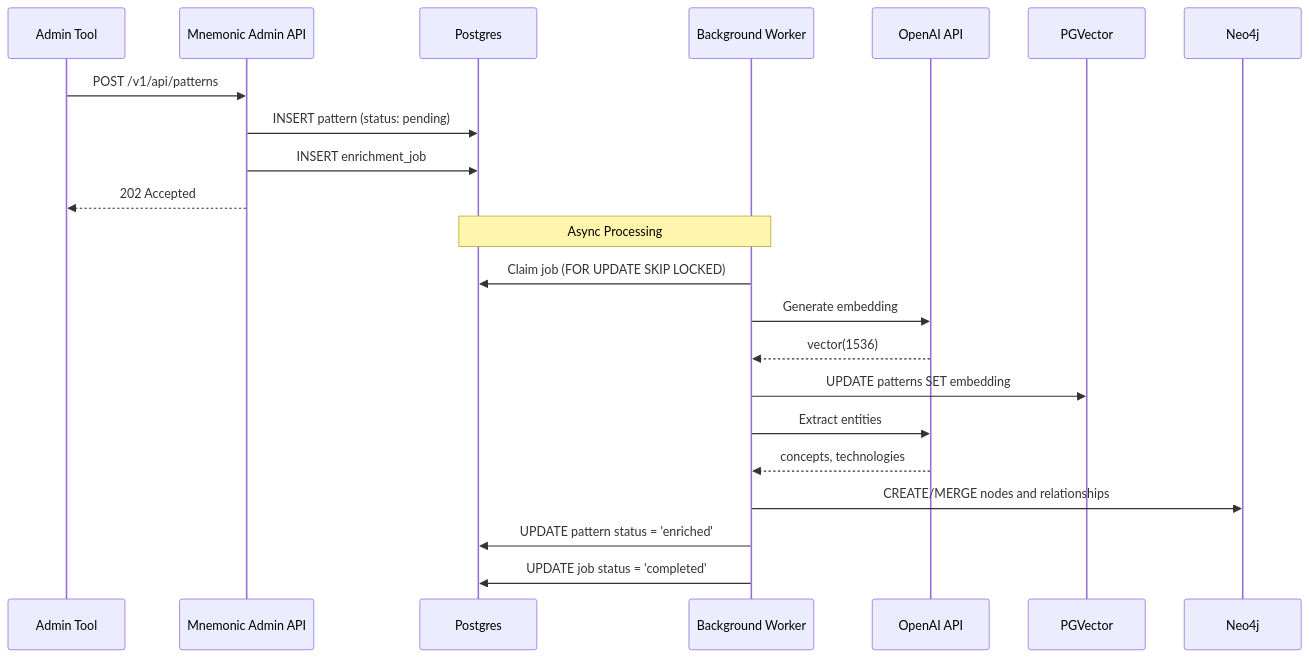
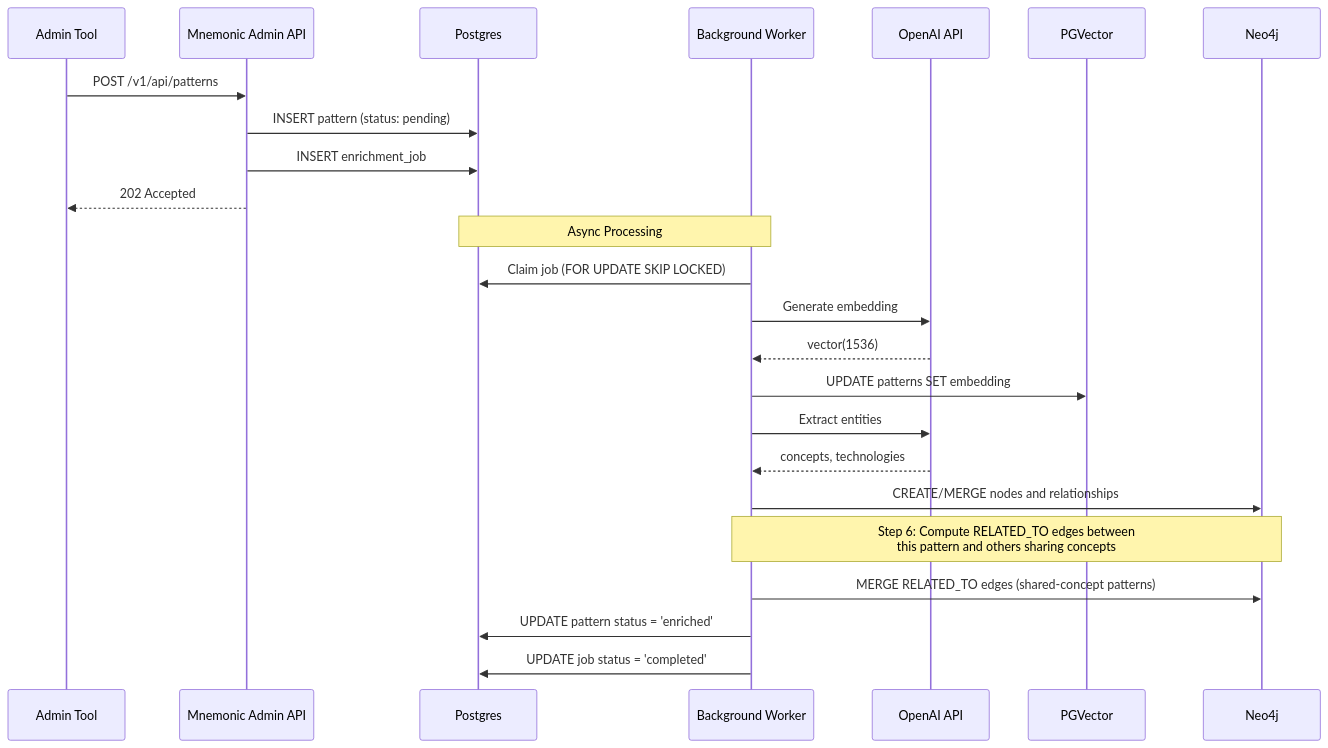
The seventh of 14 diagrams in docs/architecture/04-data-architecture.md (twistingmercury/mnemonic-mcp), drawn with Mermaid before and after one commit. The commit also changed other lines of this file and 8 other files, not shown here.

Commit message:
architecture docs finished

````diff
--- a/docs/architecture/04-data-architecture.md
+++ b/docs/architecture/04-data-architecture.md
@@ -469,26 +478,28 @@
 ```mermaid
 sequenceDiagram
     participant ADMIN as Admin Tool
     participant API as Mnemonic Admin API
     participant PG as Postgres
     participant WORKER as Background Worker
     participant OPENAI as OpenAI API
     participant PGV as PGVector
     participant NEO as Neo4j
 
     ADMIN->>API: POST /v1/api/patterns
     API->>PG: INSERT pattern (status: pending)
     API->>PG: INSERT enrichment_job
     API-->>ADMIN: 202 Accepted
 
     Note over WORKER,PG: Async Processing
     WORKER->>PG: Claim job (FOR UPDATE SKIP LOCKED)
     WORKER->>OPENAI: Generate embedding
     OPENAI-->>WORKER: vector(1536)
     WORKER->>PGV: UPDATE patterns SET embedding
     WORKER->>OPENAI: Extract entities
     OPENAI-->>WORKER: concepts, technologies
     WORKER->>NEO: CREATE/MERGE nodes and relationships
+    Note over WORKER,NEO: Step 6: Compute RELATED_TO edges between<br/>this pattern and others sharing concepts
+    WORKER->>NEO: MERGE RELATED_TO edges (shared-concept patterns)
     WORKER->>PG: UPDATE pattern status = 'enriched'
     WORKER->>PG: UPDATE job status = 'completed'
 ```
````
